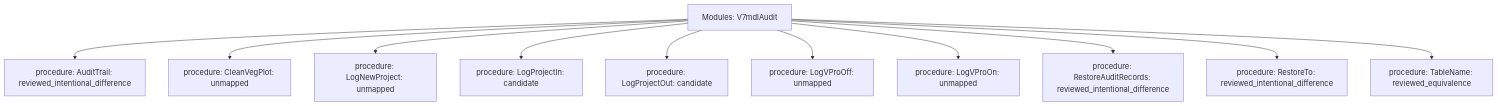
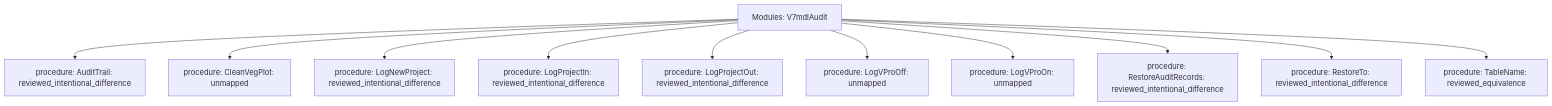
One commit to Boostao/vpro changed the diagram in data-raw/parity/generated/trees/modules-v7mdlaudit.mmd. Above: the diagram before and after it, drawn with Mermaid. The commit also changed 43 other files, not shown here.

```diff
--- a/data-raw/parity/generated/trees/modules-v7mdlaudit.mmd
+++ b/data-raw/parity/generated/trees/modules-v7mdlaudit.mmd
@@ -1,12 +1,12 @@
 flowchart TD
   root[Modules: V7mdlAudit]
   root --> n1[procedure: AuditTrail: reviewed_intentional_difference]
   root --> n2[procedure: CleanVegPlot: unmapped]
-  root --> n3[procedure: LogNewProject: unmapped]
-  root --> n4[procedure: LogProjectIn: candidate]
-  root --> n5[procedure: LogProjectOut: candidate]
+  root --> n3[procedure: LogNewProject: reviewed_intentional_difference]
+  root --> n4[procedure: LogProjectIn: reviewed_intentional_difference]
+  root --> n5[procedure: LogProjectOut: reviewed_intentional_difference]
   root --> n6[procedure: LogVProOff: unmapped]
   root --> n7[procedure: LogVProOn: unmapped]
   root --> n8[procedure: RestoreAuditRecords: reviewed_intentional_difference]
   root --> n9[procedure: RestoreTo: reviewed_intentional_difference]
   root --> n10[procedure: TableName: reviewed_equivalence]
```
